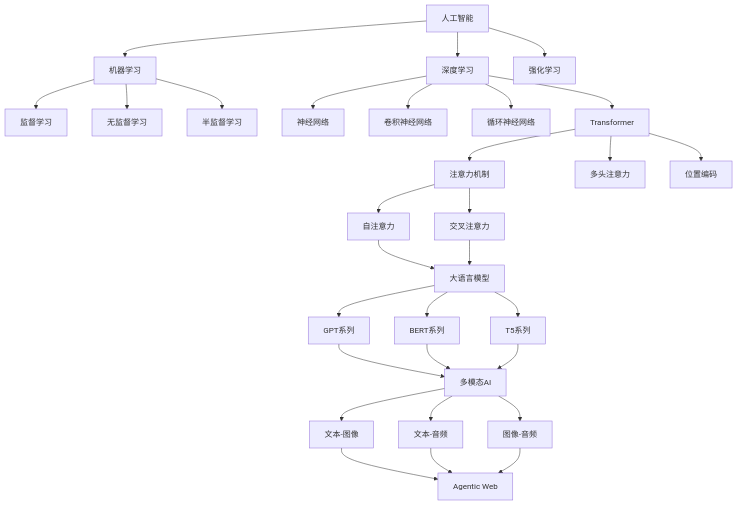
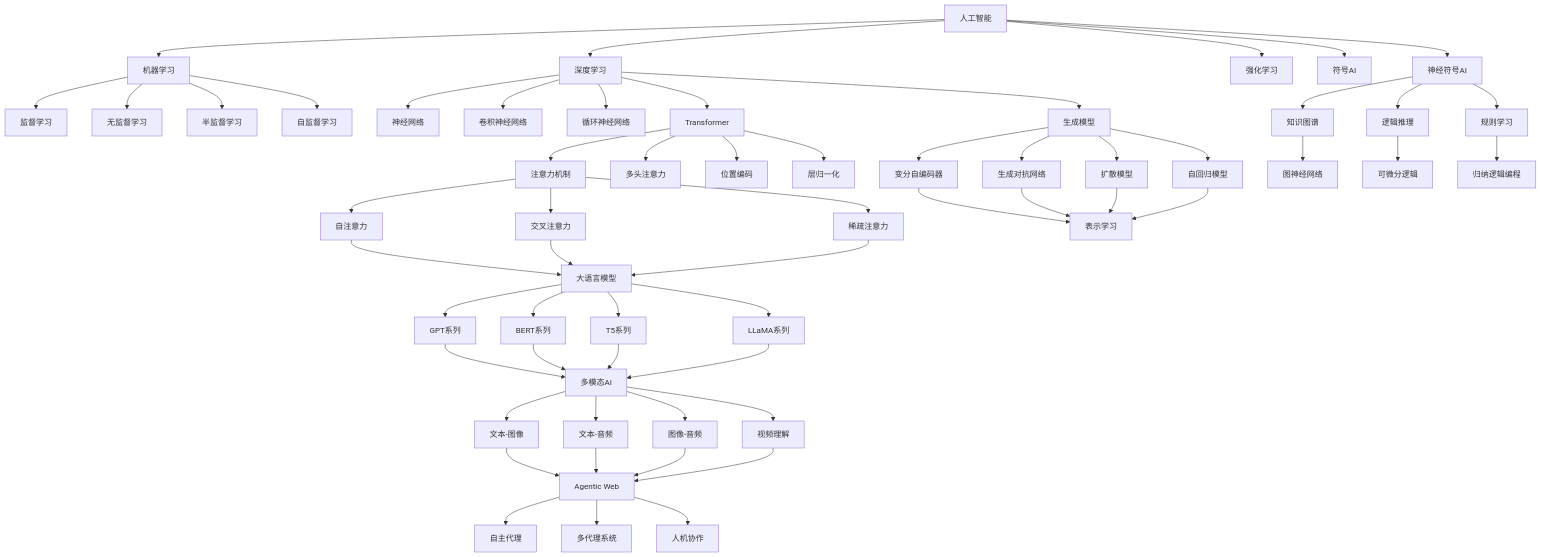
The first of 3 diagrams in docs/02_knowledge_structures/2025_ai_rust_comprehensive_knowledge_framework.md (AdaMartin18010/AI_rust), drawn with Mermaid before and after one commit. The commit also changed other lines of this file and 10 other files, not shown here.

````diff
--- a/docs/02_knowledge_structures/2025_ai_rust_comprehensive_knowledge_framework.md
+++ b/docs/02_knowledge_structures/2025_ai_rust_comprehensive_knowledge_framework.md
@@ -212,41 +267,74 @@
 ```mermaid
 graph TD
     A[人工智能] --> B[机器学习]
     A --> C[深度学习]
     A --> D[强化学习]
+    A --> E[符号AI]
+    A --> F[神经符号AI]
     
-    B --> E[监督学习]
-    B --> F[无监督学习]
-    B --> G[半监督学习]
+    B --> G[监督学习]
+    B --> H[无监督学习]
+    B --> I[半监督学习]
+    B --> J[自监督学习]
     
-    C --> H[神经网络]
-    C --> I[卷积神经网络]
-    C --> J[循环神经网络]
-    C --> K[Transformer]
+    C --> K[神经网络]
+    C --> L[卷积神经网络]
+    C --> M[循环神经网络]
+    C --> N[Transformer]
+    C --> O[生成模型]
     
-    K --> L[注意力机制]
-    K --> M[多头注意力]
-    K --> N[位置编码]
+    N --> P[注意力机制]
+    N --> Q[多头注意力]
+    N --> R[位置编码]
+    N --> S[层归一化]
     
-    L --> O[自注意力]
-    L --> P[交叉注意力]
+    P --> T[自注意力]
+    P --> U[交叉注意力]
+    P --> V[稀疏注意力]
     
-    O --> Q[大语言模型]
-    P --> Q
+    T --> W[大语言模型]
+    U --> W
+    V --> W
     
-    Q --> R[GPT系列]
-    Q --> S[BERT系列]
-    Q --> T[T5系列]
+    W --> X[GPT系列]
+    W --> Y[BERT系列]
+    W --> Z[T5系列]
+    W --> AA[LLaMA系列]
     
-    R --> U[多模态AI]
-    S --> U
-    T --> U
+    X --> BB[多模态AI]
+    Y --> BB
+    Z --> BB
+    AA --> BB
     
-    U --> V[文本-图像]
-    U --> W[文本-音频]
-    U --> X[图像-音频]
+    BB --> CC[文本-图像]
+    BB --> DD[文本-音频]
+    BB --> EE[图像-音频]
+    BB --> FF[视频理解]
     
-    V --> Y[Agentic Web]
-    W --> Y
-    X --> Y
+    CC --> GG[Agentic Web]
+    DD --> GG
+    EE --> GG
+    FF --> GG
+    
+    GG --> HH[自主代理]
+    GG --> II[多代理系统]
+    GG --> JJ[人机协作]
+    
+    O --> KK[变分自编码器]
+    O --> LL[生成对抗网络]
+    O --> MM[扩散模型]
+    O --> NN[自回归模型]
+    
+    KK --> OO[表示学习]
+    LL --> OO
+    MM --> OO
+    NN --> OO
+    
+    F --> PP[知识图谱]
+    F --> QQ[逻辑推理]
+    F --> RR[规则学习]
+    
+    PP --> SS[图神经网络]
+    QQ --> TT[可微分逻辑]
+    RR --> UU[归纳逻辑编程]
 ```
````
